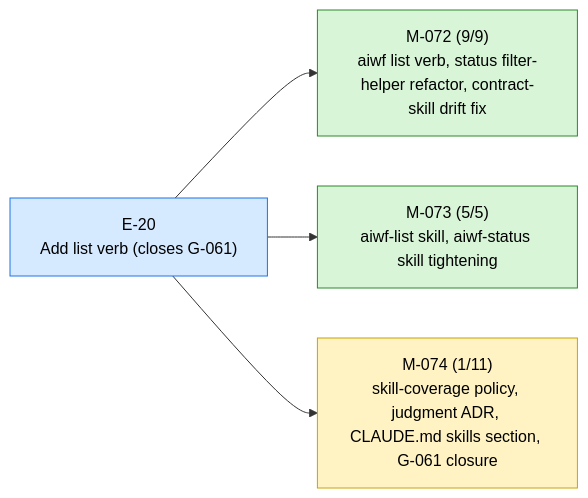
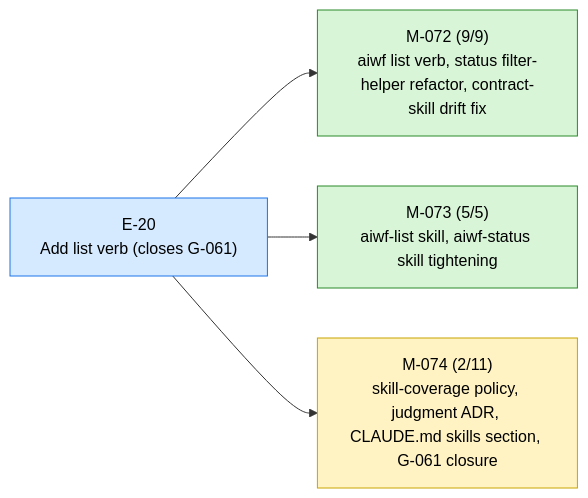
The first of 2 diagrams in STATUS.md (23min/aiwf), drawn with Mermaid before and after one commit. The commit also changed other lines of this file and 1 other file, not shown here.

````diff
--- a/STATUS.md
+++ b/STATUS.md
@@ -13,16 +13,16 @@
 ```mermaid
 flowchart LR
   E_20["E-20<br/>Add list verb (closes G-061)"]:::epic_active
   M_072["M-072 (9/9)<br/>aiwf list verb, status filter-helper refactor, contract-skill drift fix"]:::ms_done
   E_20 --> M_072
   M_073["M-073 (5/5)<br/>aiwf-list skill, aiwf-status skill tightening"]:::ms_done
   E_20 --> M_073
-  M_074["M-074 (1/11)<br/>skill-coverage policy, judgment ADR, CLAUDE.md skills section, G-061 closure"]:::ms_in_progress
+  M_074["M-074 (2/11)<br/>skill-coverage policy, judgment ADR, CLAUDE.md skills section, G-061 closure"]:::ms_in_progress
   E_20 --> M_074
   classDef epic_active fill:#d6eaff,stroke:#1a73e8,color:#000
   classDef epic_proposed fill:#f4f4f4,stroke:#888,color:#000
   classDef ms_done fill:#d8f5d8,stroke:#2a8a2a,color:#000
   classDef ms_in_progress fill:#fff3c4,stroke:#caa400,color:#000
   classDef ms_draft fill:#f4f4f4,stroke:#888,color:#000
   classDef ms_cancelled fill:#fbeaea,stroke:#c33,color:#000
 ```
````
